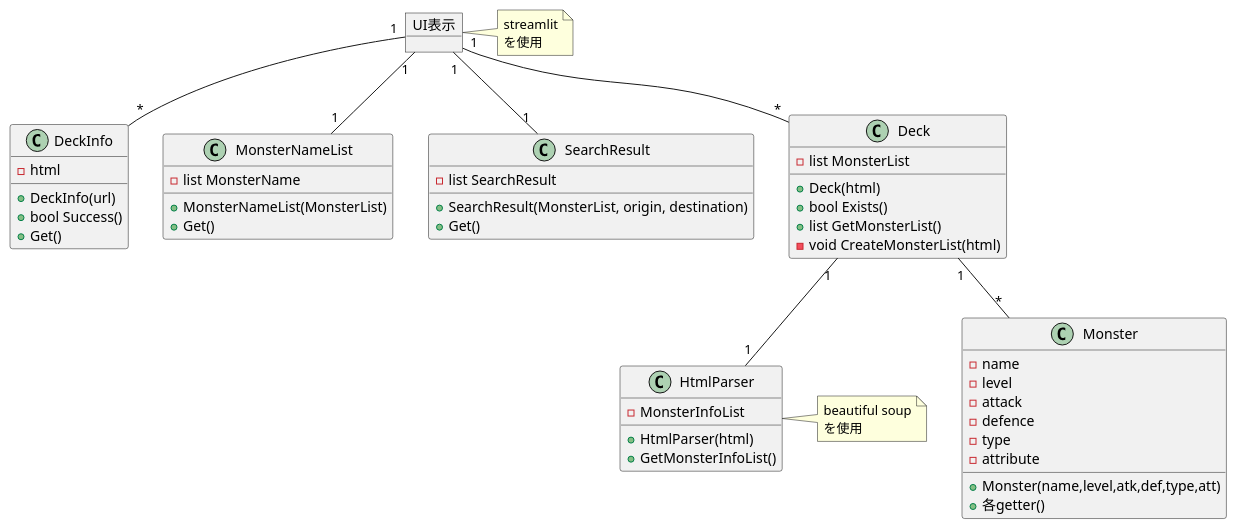
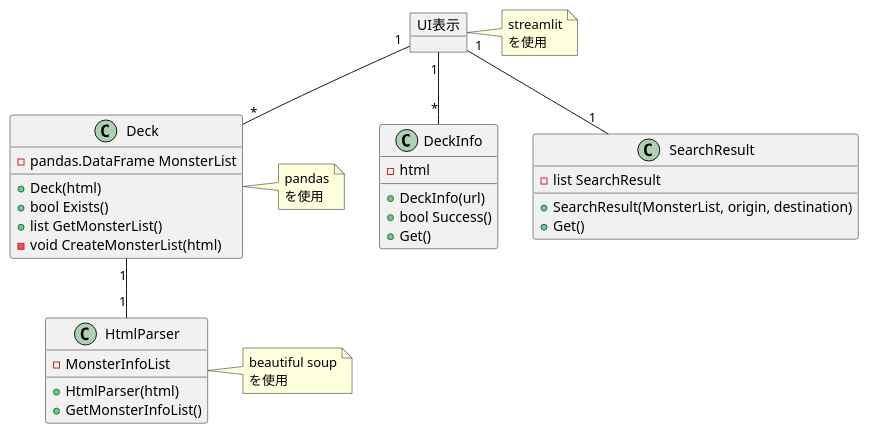
One commit to ikishichi/ygo-small-world-transit changed the fifth of 6 diagrams in docs/ygo-small-world-transit.md. Above: the diagram before and after it, drawn with PlantUML. The commit also changed other lines of this file, not shown here.

Commit message:
pandasライブラリを使用する構想に変更

````diff
--- a/docs/ygo-small-world-transit.md
+++ b/docs/ygo-small-world-transit.md
@@ -124,58 +115,45 @@
 ```plantuml
 @startuml
 object "UI表示" as ui
 note right
 streamlit
 を使用
 endnote
 class DeckInfo{
     - html
     + DeckInfo(url)
     + bool Success()
     + Get()
 }
-class MonsterNameList {
-    - list MonsterName
-    + MonsterNameList(MonsterList)
-    + Get()
-}
 class SearchResult {
     - list SearchResult
     + SearchResult(MonsterList, origin, destination)
     + Get()
 }
 class Deck{
-    - list MonsterList
+    - pandas.DataFrame MonsterList
     + Deck(html)
     + bool Exists()
     + list GetMonsterList()
     - void CreateMonsterList(html)
 }
+note right
+pandas
+を使用
+endnote
 class HtmlParser{
     - MonsterInfoList
     + HtmlParser(html)
     + GetMonsterInfoList()
 }
 note right
 beautiful soup
 を使用
 endnote
-class Monster {
-    - name
-    - level
-    - attack
-    - defence
-    - type
-    - attribute
-    + Monster(name,level,atk,def,type,att)
-    + 各getter()
-}
 ui "1"--"*" DeckInfo
-ui "1"--"1" MonsterNameList
 ui "1"--"1" SearchResult
 
 ui "1"--"*" Deck
 Deck "1"--"1" HtmlParser
-Deck "1"--"*" Monster
 @enduml
 ```
````
